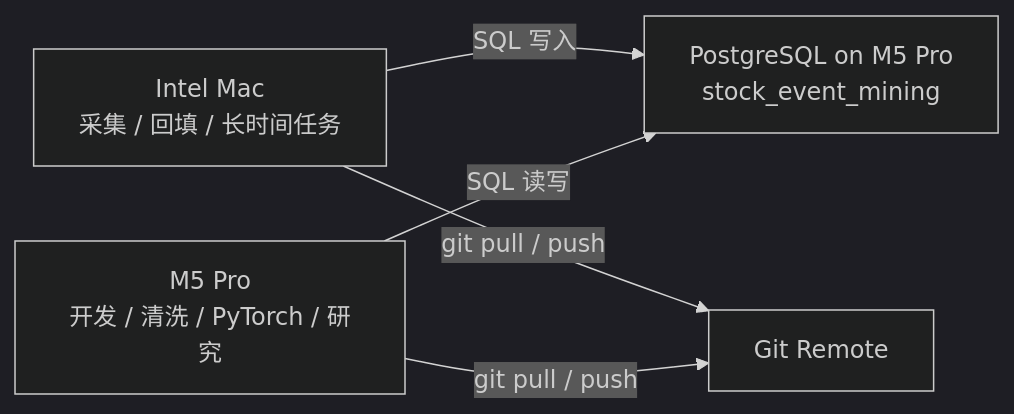
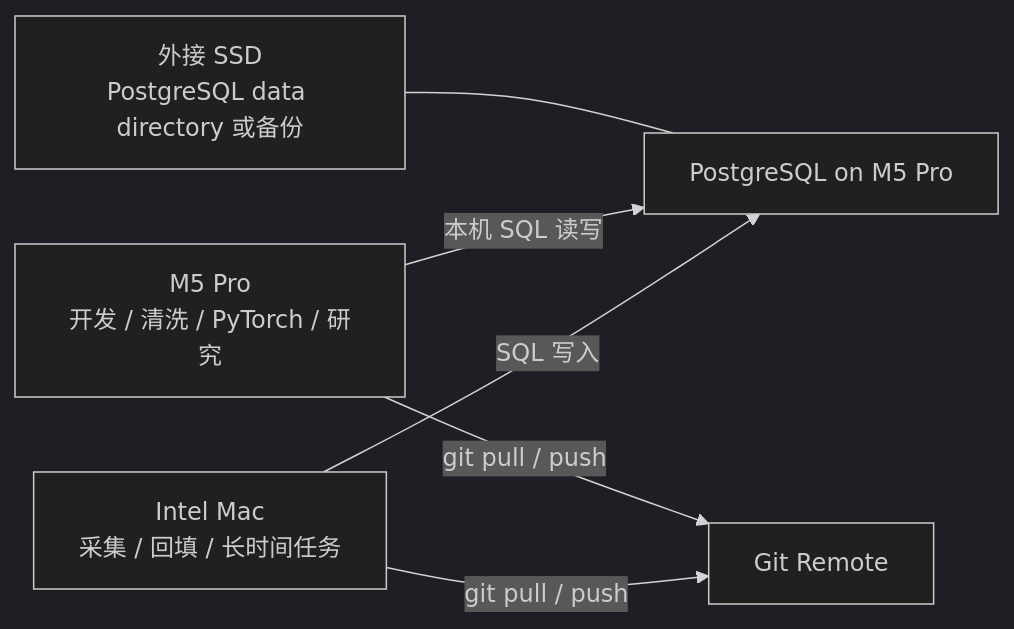
Before and after one commit to Timcai06/SPM: the first of 5 diagrams in DUAL_MACHINE_ARCHITECTURE.md, drawn with Mermaid (dark theme). The commit also changed other lines of this file and 23 other files, not shown here.

````diff
--- a/DUAL_MACHINE_ARCHITECTURE.md
+++ b/DUAL_MACHINE_ARCHITECTURE.md
@@ -34,7 +46,8 @@
 ```mermaid
 flowchart LR
-  A["Intel Mac<br/>采集 / 回填 / 长时间任务"] -->|SQL 写入| B["PostgreSQL on M5 Pro<br/>stock_event_mining"]
-  C["M5 Pro<br/>开发 / 清洗 / PyTorch / 研究"] -->|SQL 读写| B
+  A["Intel Mac<br/>采集 / 回填 / 长时间任务"] -->|SQL 写入| B["PostgreSQL on M5 Pro"]
+  C["M5 Pro<br/>开发 / 清洗 / PyTorch / 研究"] -->|本机 SQL 读写| B
+  E["外接 SSD<br/>PostgreSQL data directory 或备份"] --- B
   A -->|git pull / push| D["Git Remote"]
   C -->|git pull / push| D
 ```
````
